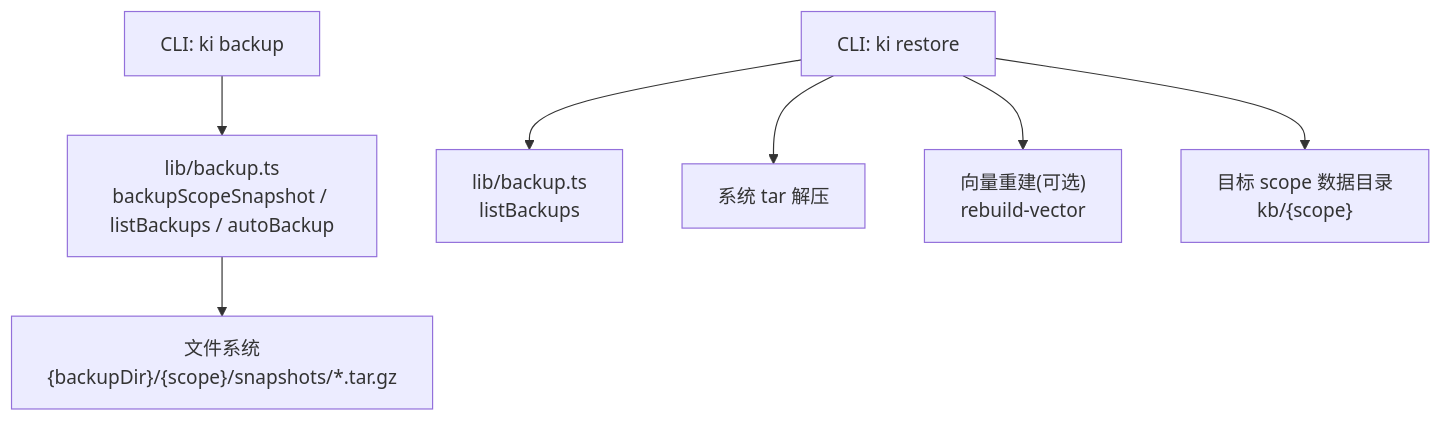
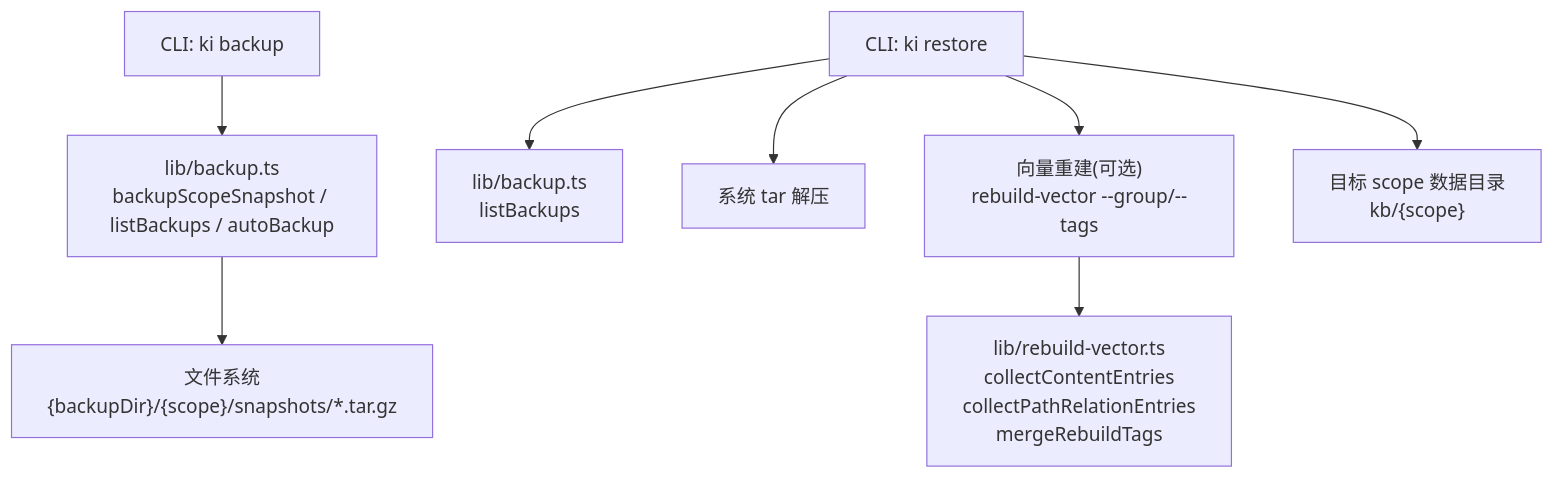
The first of 6 diagrams in .qoder/repowiki/zh/content/知识库管理/备份与恢复.md (HACK-WU/kisearch), drawn with Mermaid before and after one commit. The commit also changed other lines of this file and 303 other files, not shown here.

````diff
--- a/.qoder/repowiki/zh/content/知识库管理/备份与恢复.md
+++ b/.qoder/repowiki/zh/content/知识库管理/备份与恢复.md
@@ -48,9 +62,10 @@
 ```mermaid
 graph TB
 A["CLI: ki backup"] --> B["lib/backup.ts<br/>backupScopeSnapshot / listBackups / autoBackup"]
 C["CLI: ki restore"] --> D["lib/backup.ts<br/>listBackups"]
 C --> E["系统 tar 解压"]
-C --> F["向量重建(可选)<br/>rebuild-vector"]
+C --> F["向量重建(可选)<br/>rebuild-vector --group/--tags"]
 B --> G["文件系统<br/>{backupDir}/{scope}/snapshots/*.tar.gz"]
 C --> H["目标 scope 数据目录<br/>kb/{scope}"]
+F --> I["lib/rebuild-vector.ts<br/>collectContentEntries<br/>collectPathRelationEntries<br/>mergeRebuildTags"]
 ```
````
